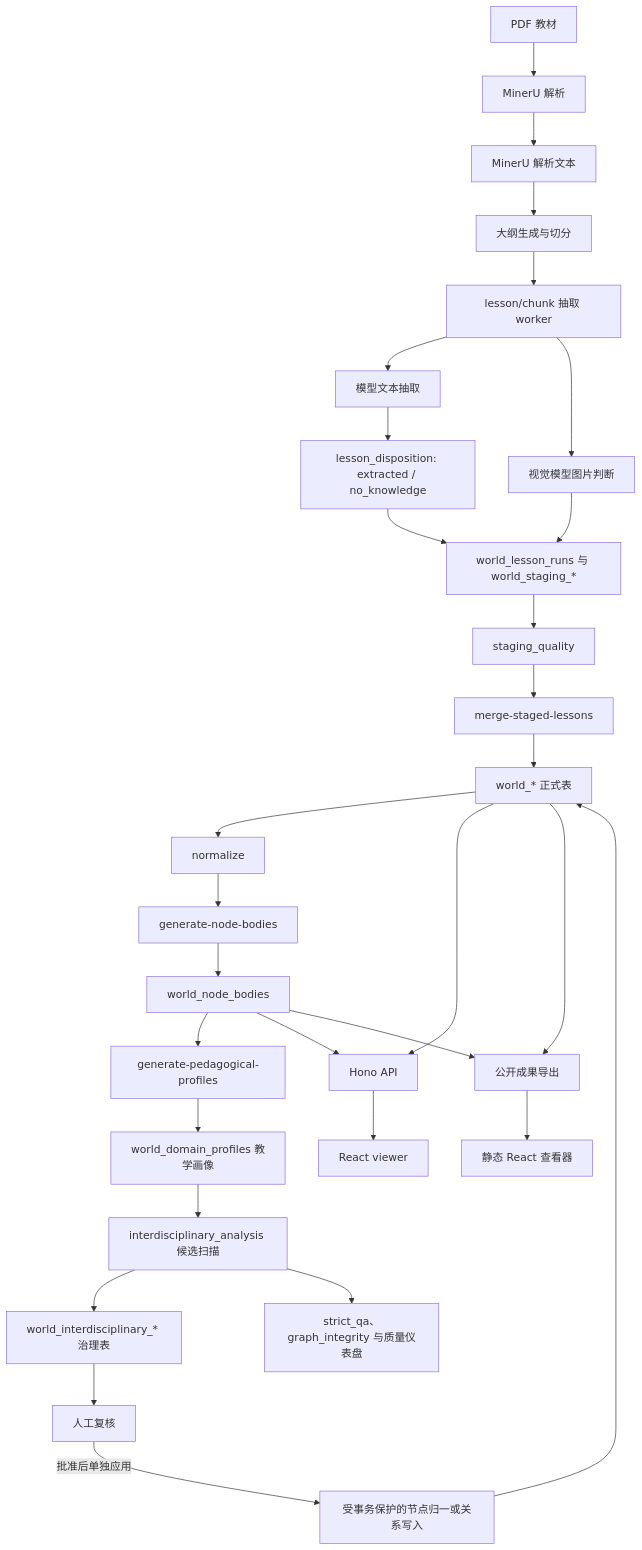
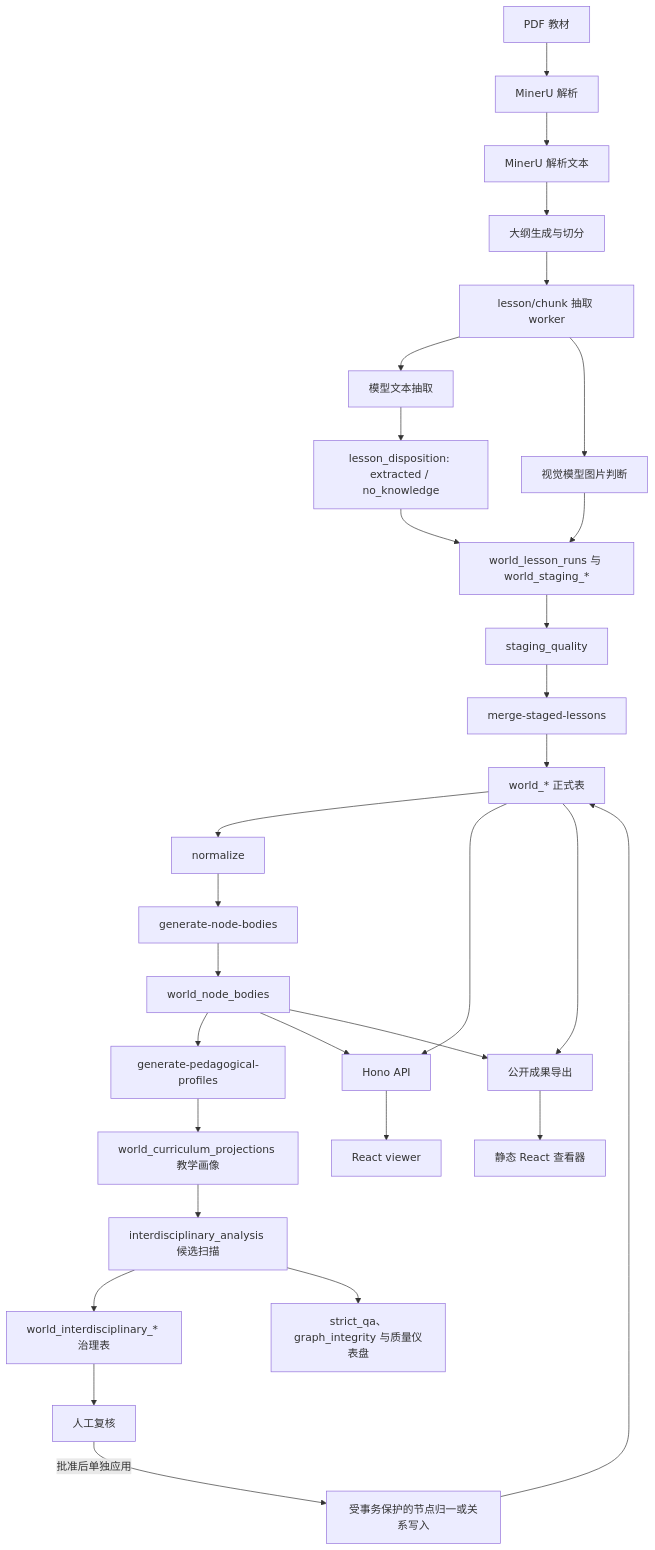
One commit to Titan-Frank/InnoKnowledge changed the diagram in docs/current-system-architecture.md. Above: the diagram before and after it, drawn with Mermaid. The commit also changed other lines of this file and 129 other files, not shown here.

````diff
--- a/docs/current-system-architecture.md
+++ b/docs/current-system-architecture.md
@@ -24,32 +24,32 @@
 ```mermaid
 flowchart TD
   A["PDF 教材"] --> B["MinerU 解析"]
   B --> C
   C["MinerU 解析文本"] --> D["大纲生成与切分"]
   D --> E["lesson/chunk 抽取 worker"]
   E --> F["模型文本抽取"]
   E --> G["视觉模型图片判断"]
   F --> R["lesson_disposition: extracted / no_knowledge"]
   R --> H["world_lesson_runs 与 world_staging_*"]
   G --> H
   H --> I["staging_quality"]
   I --> J["merge-staged-lessons"]
   J --> K["world_* 正式表"]
   K --> L["normalize"]
   L --> N["generate-node-bodies"]
   N --> O["world_node_bodies"]
   O --> S["generate-pedagogical-profiles"]
-  S --> T["world_domain_profiles 教学画像"]
+  S --> T["world_curriculum_projections 教学画像"]
   T --> W["interdisciplinary_analysis 候选扫描"]
   W --> X["world_interdisciplinary_* 治理表"]
   X --> Y["人工复核"]
   Y -->|批准后单独应用| Z["受事务保护的节点归一或关系写入"]
   Z --> K
   W --> M["strict_qa、graph_integrity 与质量仪表盘"]
   K --> P["Hono API"]
   O --> P
   P --> Q["React viewer"]
   K --> U["公开成果导出"]
   O --> U
   U --> V["静态 React 查看器"]
 ```
````
